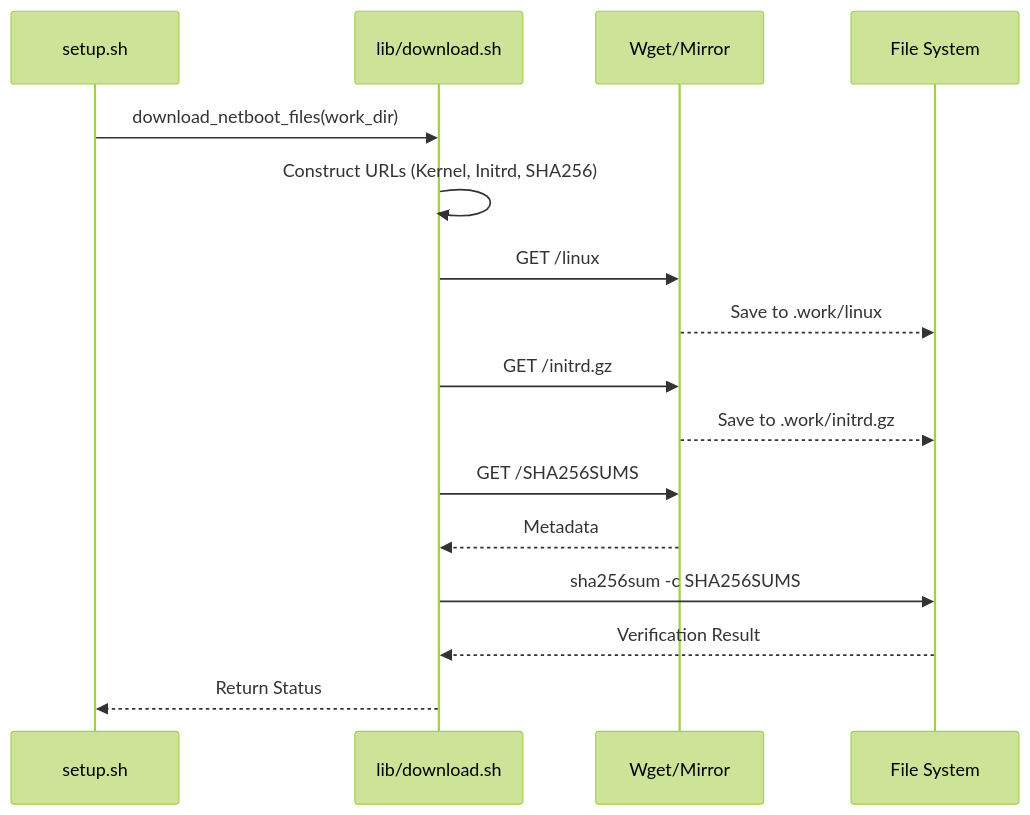
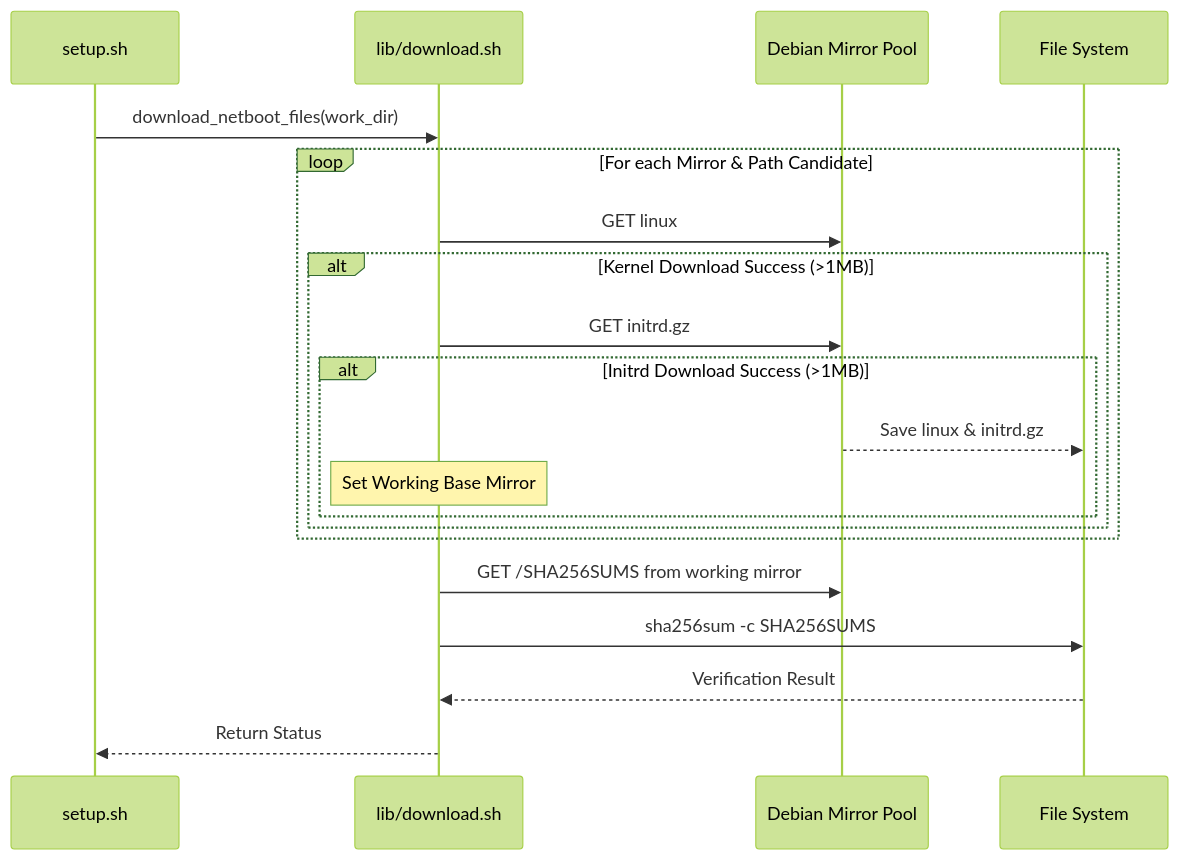
Before and after one commit to aadilxgit/vps-setup: the diagram in .cubic/wiki/02-section-architecture/04-page-netboot-dl.md, drawn with Mermaid (forest theme). The commit also changed other lines of this file and 10 other files, not shown here.

````diff
--- a/.cubic/wiki/02-section-architecture/04-page-netboot-dl.md
+++ b/.cubic/wiki/02-section-architecture/04-page-netboot-dl.md
@@ -33,19 +46,23 @@
 ```mermaid
 sequenceDiagram
     participant S as setup.sh
     participant D as lib/download.sh
-    participant W as Wget/Mirror
+    participant M as Debian Mirror Pool
     participant FS as File System
 
     S->>D: download_netboot_files(work_dir)
-    D->>D: Construct URLs (Kernel, Initrd, SHA256)
-    D->>W: GET /linux
-    W-->>FS: Save to .work/linux
-    D->>W: GET /initrd.gz
-    W-->>FS: Save to .work/initrd.gz
-    D->>W: GET /SHA256SUMS
-    W-->>D: Metadata
+    loop For each Mirror & Path Candidate
+        D->>M: GET linux
+        alt Kernel Download Success (>1MB)
+            D->>M: GET initrd.gz
+            alt Initrd Download Success (>1MB)
+                M-->>FS: Save linux & initrd.gz
+                Note over D: Set Working Base Mirror
+            end
+        end
+    end
+    D->>M: GET /SHA256SUMS from working mirror
     D->>FS: sha256sum -c SHA256SUMS
     FS-->>D: Verification Result
     D-->>S: Return Status
 ```
````
